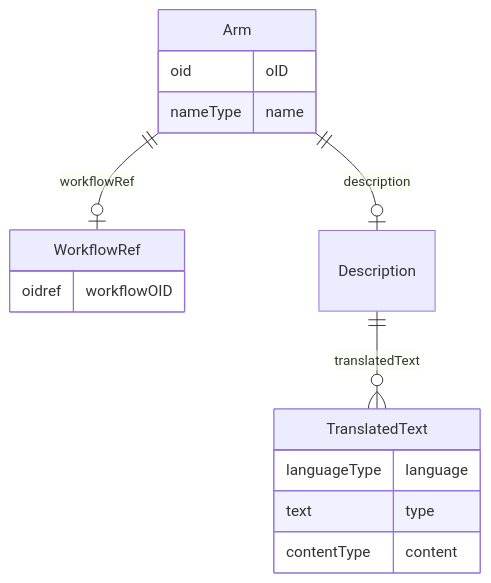
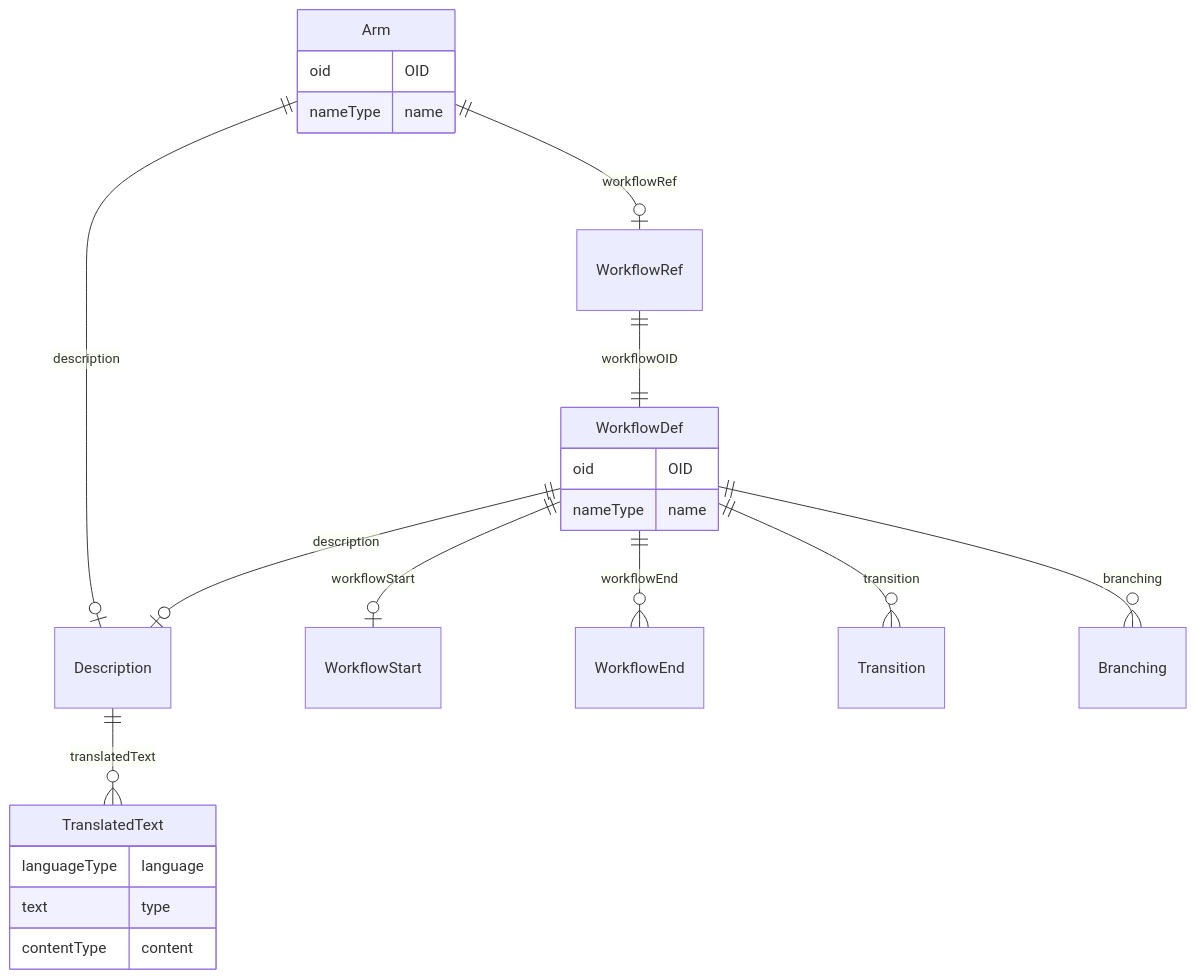
The diagram in docs/Arm.md (cdisc-org/DataExchange-ODM-LinkML), drawn with Mermaid before and after one commit. The commit also changed other lines of this file and 338 other files, not shown here.

Commit message:
improved references by detecting targets for oidref type slots

````diff
--- a/docs/Arm.md
+++ b/docs/Arm.md
@@ -11,23 +11,33 @@
 ```mermaid
 erDiagram
 Arm {
-    oid oID  
+    oid OID  
     nameType name  
 }
 WorkflowRef {
-    oidref workflowOID  
+
+}
+WorkflowDef {
+    oid OID  
+    nameType name  
 }
 Description {
 
 }
 TranslatedText {
     languageType language  
     text type  
     contentType content  
 }
 
 Arm ||--|o Description : "description"
 Arm ||--|o WorkflowRef : "workflowRef"
+WorkflowRef ||--|| WorkflowDef : "workflowOID"
+WorkflowDef ||--|o Description : "description"
+WorkflowDef ||--|o WorkflowStart : "workflowStart"
+WorkflowDef ||--}o WorkflowEnd : "workflowEnd"
+WorkflowDef ||--}o Transition : "transition"
+WorkflowDef ||--}o Branching : "branching"
 Description ||--}o TranslatedText : "translatedText"
 
 ```
````
